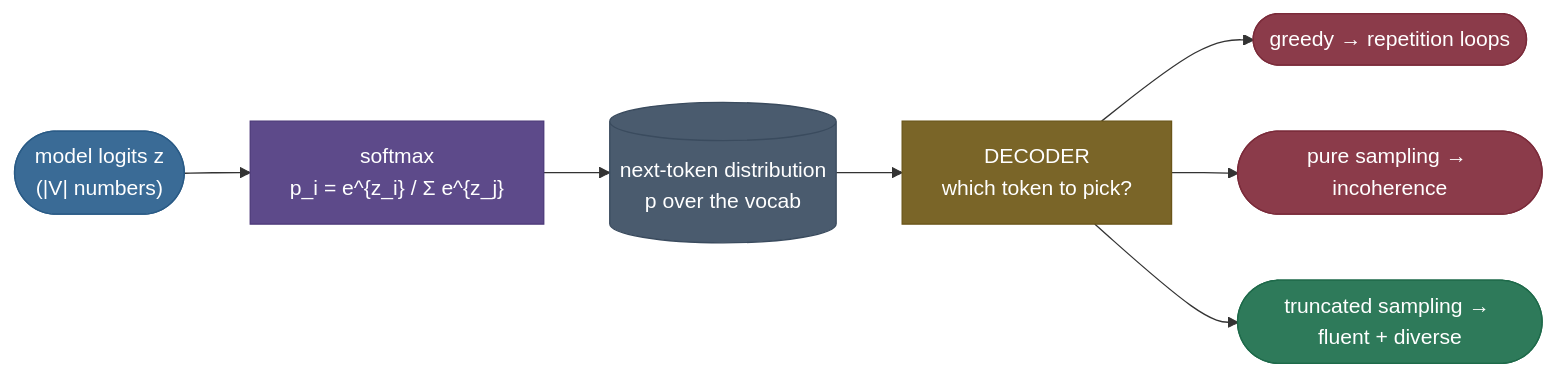
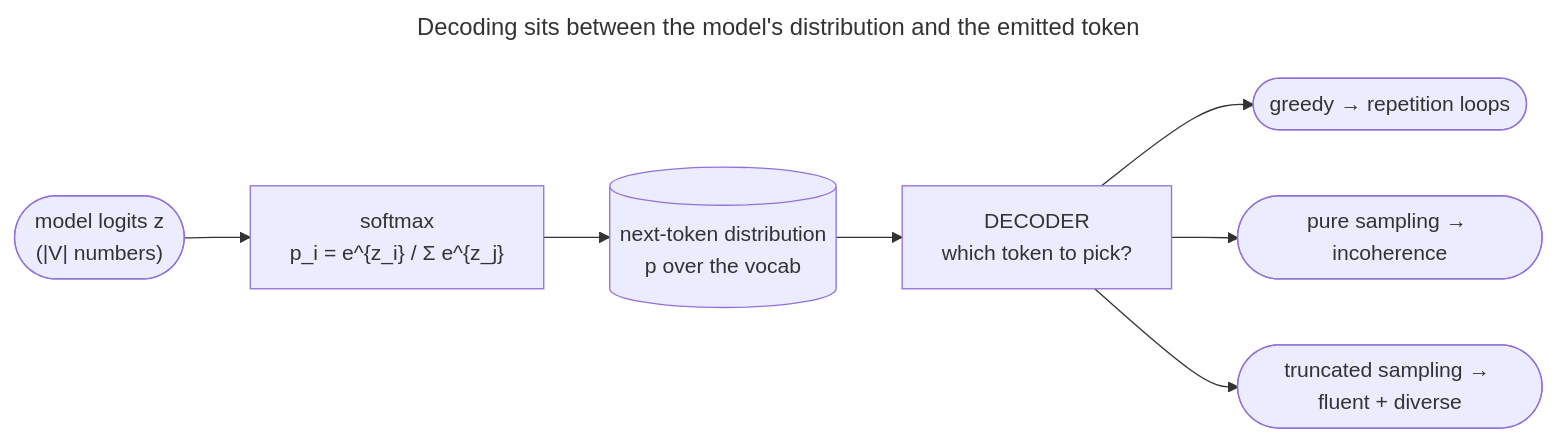
The first of 4 diagrams in inference-and-serving/decoding-and-sampling/decoding-and-sampling.md (sudhir13s/ai-ml-learning-resources), drawn with Mermaid before and after one commit. The commit also changed other lines of this file, not shown here.

First line of the commit message:
docs(content): bring decoding and sampling up to the page standards

````diff
--- a/inference-and-serving/decoding-and-sampling/decoding-and-sampling.md
+++ b/inference-and-serving/decoding-and-sampling/decoding-and-sampling.md
@@ -60,16 +86,15 @@
 ```mermaid
+---
+title: Decoding sits between the model's distribution and the emitted token
+---
 graph LR
-    L(["model logits z<br/>(|V| numbers)"]):::data --> SM["softmax<br/>p_i = e^{z_i} / Σ e^{z_j}"]:::process
-    SM --> DIST[("next-token distribution<br/>p over the vocab")]:::frozen
-    DIST --> G["DECODER<br/>which token to pick?"]:::amber
-    G --> BAD1(["greedy → repetition loops"]):::danger
-    G --> BAD2(["pure sampling → incoherence"]):::danger
-    G --> GOOD(["truncated sampling → fluent + diverse"]):::out
+    L(["model logits z<br/>(|V| numbers)"]) --> SM["softmax<br/>p_i = e^{z_i} / Σ e^{z_j}"]
+    SM --> DIST[("next-token distribution<br/>p over the vocab")]
+    DIST --> G["DECODER<br/>which token to pick?"]
+    G --> BAD1(["greedy → repetition loops"])
+    G --> BAD2(["pure sampling → incoherence"])
+    G --> GOOD(["truncated sampling → fluent + diverse"])
 
-    classDef data fill:#3A6B96,stroke:#2A5B86,color:#fff
-    classDef process fill:#5D4A8A,stroke:#4D3A7A,color:#fff
-    classDef frozen fill:#4A5B6E,stroke:#3A4B5E,color:#fff
-    classDef amber fill:#7A6528,stroke:#6A5518,color:#fff
-    classDef out fill:#2E7A5A,stroke:#1E6A4A,color:#fff
-    classDef danger fill:#8B3B4A,stroke:#7B2B3A,color:#fff
+    class G focus
+    class BAD1,BAD2 failure
 ```
````
